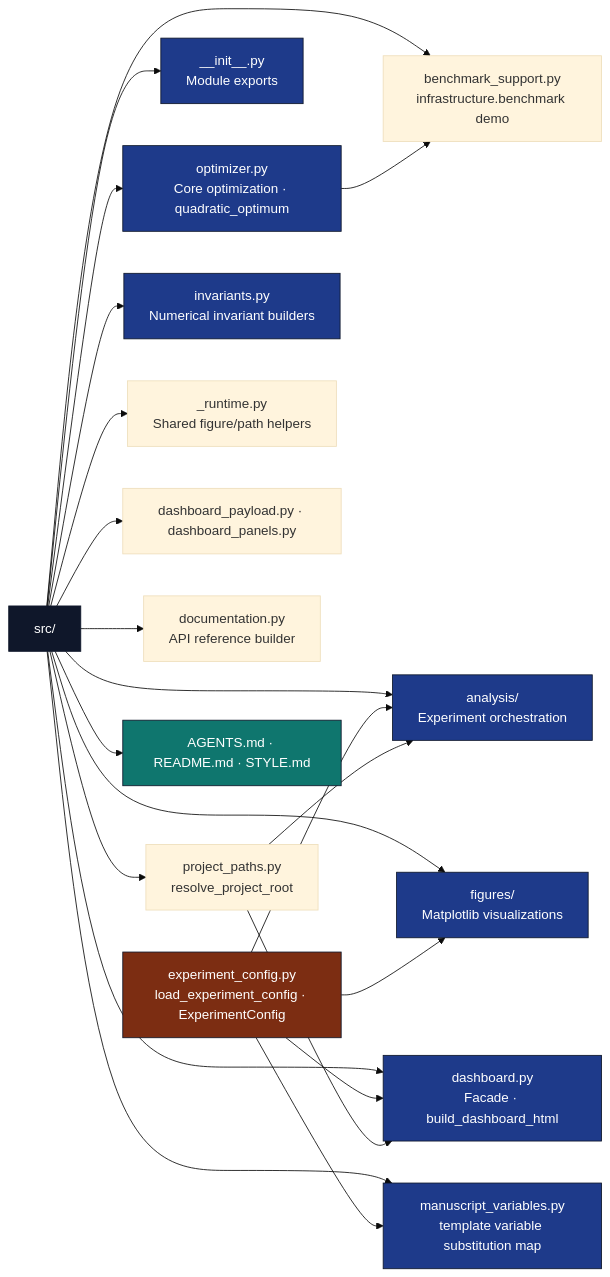
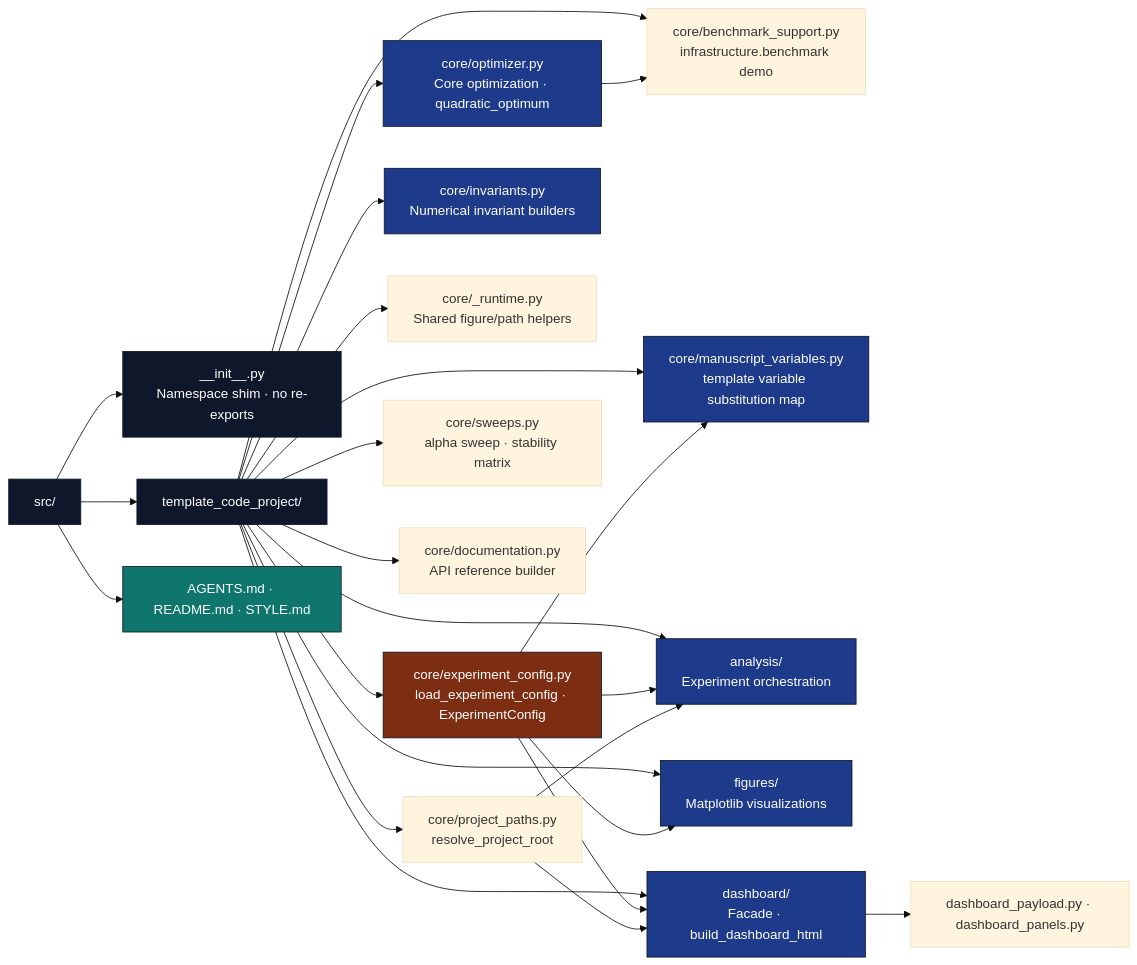
Before and after one commit to docxology/template: the diagram in projects/templates/template_code_project/src/AGENTS.md, drawn with Mermaid (base theme). The commit also changed other lines of this file and 153 other files, not shown here.

````diff
--- a/projects/templates/template_code_project/src/AGENTS.md
+++ b/projects/templates/template_code_project/src/AGENTS.md
@@ -19,35 +19,37 @@
 ```mermaid
 flowchart LR
-    CFG[experiment_config.py<br/>load_experiment_config · ExperimentConfig]
     SRC["src/"]
-    SRC --> INIT[__init__.py<br/>Module exports]
-    SRC --> OPT[optimizer.py<br/>Core optimization · quadratic_optimum]
-    SRC --> INV[invariants.py<br/>Numerical invariant builders]
-    SRC --> ANA[analysis/<br/>Experiment orchestration]
-    SRC --> FIG[figures/<br/>Matplotlib visualizations]
-    SRC --> RUN[_runtime.py<br/>Shared figure/path helpers]
-    SRC --> DASH[dashboard.py<br/>Facade · build_dashboard_html]
-    SRC --> DP[dashboard_payload.py · dashboard_panels.py]
-    SRC --> VARS["manuscript_variables.py<br/>template variable substitution map"]
-    SRC --> DOC[documentation.py<br/>API reference builder]
-    SRC --> PP[project_paths.py<br/>resolve_project_root]
-    SRC --> BS[benchmark_support.py<br/>infrastructure.benchmark demo]
+    SRC --> SHIM[__init__.py<br/>Namespace shim · no re-exports]
+    SRC --> PKG["template_code_project/"]
     SRC --> AG[AGENTS.md · README.md · STYLE.md]
+    PKG --> CFG[core/experiment_config.py<br/>load_experiment_config · ExperimentConfig]
+    PKG --> OPT[core/optimizer.py<br/>Core optimization · quadratic_optimum]
+    PKG --> INV[core/invariants.py<br/>Numerical invariant builders]
+    PKG --> RUN[core/_runtime.py<br/>Shared figure/path helpers]
+    PKG --> PP[core/project_paths.py<br/>resolve_project_root]
+    PKG --> SW[core/sweeps.py<br/>alpha sweep · stability matrix]
+    PKG --> BS[core/benchmark_support.py<br/>infrastructure.benchmark demo]
+    PKG --> VARS[core/manuscript_variables.py<br/>template variable substitution map]
+    PKG --> DOC[core/documentation.py<br/>API reference builder]
+    PKG --> ANA[analysis/<br/>Experiment orchestration]
+    PKG --> FIG[figures/<br/>Matplotlib visualizations]
+    PKG --> DASH[dashboard/<br/>Facade · build_dashboard_html]
+    DASH --> DP[dashboard_payload.py · dashboard_panels.py]
 
     CFG --> ANA
     CFG --> FIG
     CFG --> DASH
     CFG --> VARS
     PP --> ANA
     PP --> DASH
     OPT --> BS
 
     classDef d fill:#0f172a,stroke:#0f172a,color:#fff
     classDef code fill:#1e3a8a,stroke:#0f172a,color:#fff
     classDef cfg fill:#7c2d12,stroke:#0f172a,color:#fff
     classDef doc fill:#0f766e,stroke:#0f172a,color:#fff
-    class SRC d
-    class INIT,OPT,INV,ANA,FIG,DASH,VARS code
+    class SRC,PKG,SHIM d
+    class OPT,INV,ANA,FIG,DASH,VARS code
     class CFG cfg
     class AG doc
 ```
````
